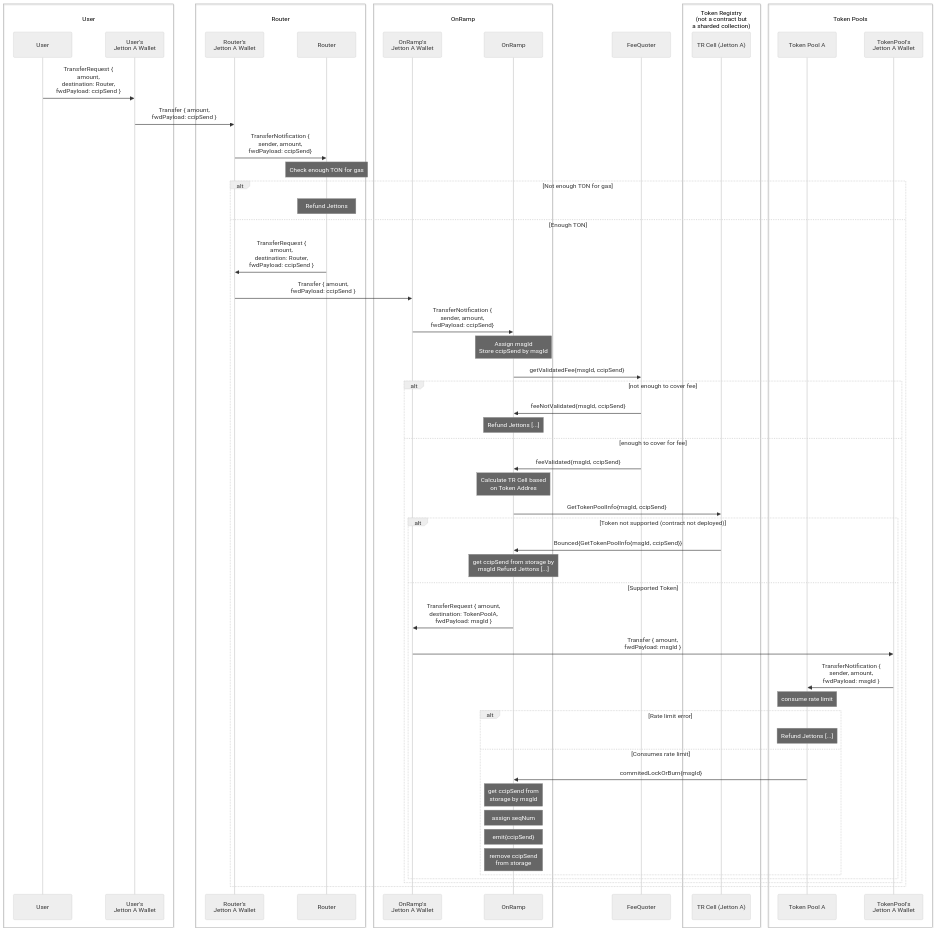
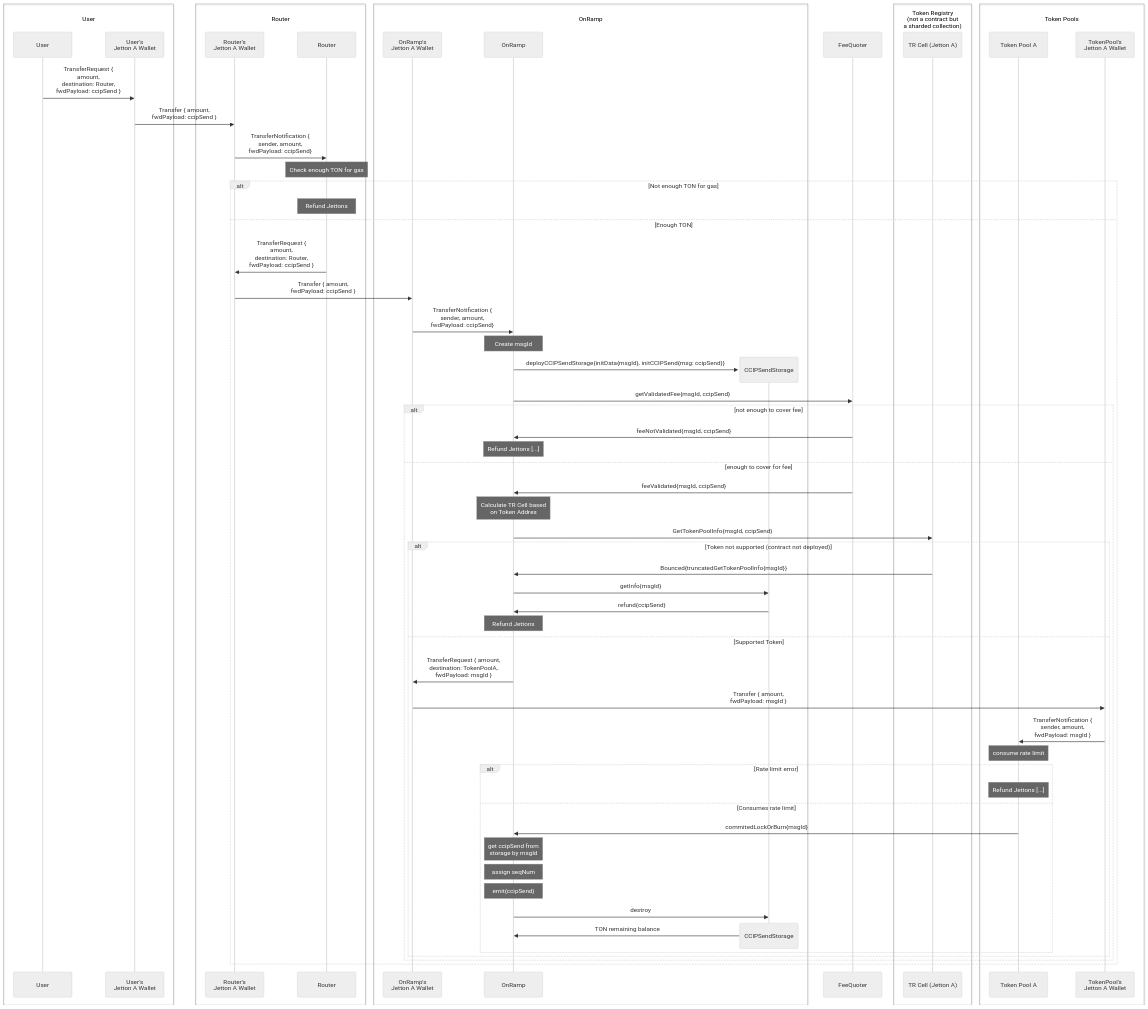
One commit to smartcontractkit/chainlink-ton changed the diagram in docs/contracts/flow.md. Above: the diagram before and after it, drawn with Mermaid (neutral theme).

Commit message:
feat: sharded storage of message state

```diff
--- a/docs/contracts/flow.md
+++ b/docs/contracts/flow.md
@@ -34,11 +34,15 @@
     
     RJW ->> ORJW: Transfer { amount,<br>fwdPayload: ccipSend }
     ORJW ->> OR: TransferNotification {<br>sender, amount,<br>fwdPayload: ccipSend}
-    Note over OR: Assign msgId<br>Store ccipSend by msgId
+
+    Note over OR: Create msgId
+    create participant CS as CCIPSendStorage
+    OR ->> CS: deployCCIPSendStorage{initData{msgId}, initCCIPSend{msg: ccipSend}}
 
     box OnRamp
     participant ORJW as OnRamp's <br>Jetton A Wallet
     participant OR as OnRamp
+    participant CS as CCIPSendStorage
     end
 
     participant FQ as FeeQuoter
@@ -66,8 +70,10 @@
     OR ->> TRC: GetTokenPoolInfo{msgId, ccipSend}
 
     alt Token not supported (contract not deployed)
-    TRC ->> OR: Bounced{GetTokenPoolInfo{msgId, ccipSend}}
-    Note over OR: get ccipSend from storage by<br>msgId Refund Jettons [...]
+    TRC ->> OR: Bounced{truncatedGetTokenPoolInfo{msgId}}
+    OR ->> CS: getInfo{msgId}
+    CS ->> OR: refund{ccipSend}
+    Note over OR: Refund Jettons
     else Supported Token
 
     OR ->> ORJW: TransferRequest { amount,<br>destination: TokenPoolA,<br>fwdPayload: msgId }
@@ -83,7 +89,9 @@
     note over OR: get ccipSend from<br>storage by msgId
     note over OR: assign seqNum
     note over OR: emit{ccipSend}
-    note over OR: remove ccipSend<br>from storage
+    OR ->> CS: destroy
+    destroy CS
+    CS ->> OR: TON remaining balance
     end
     end
     end
```
